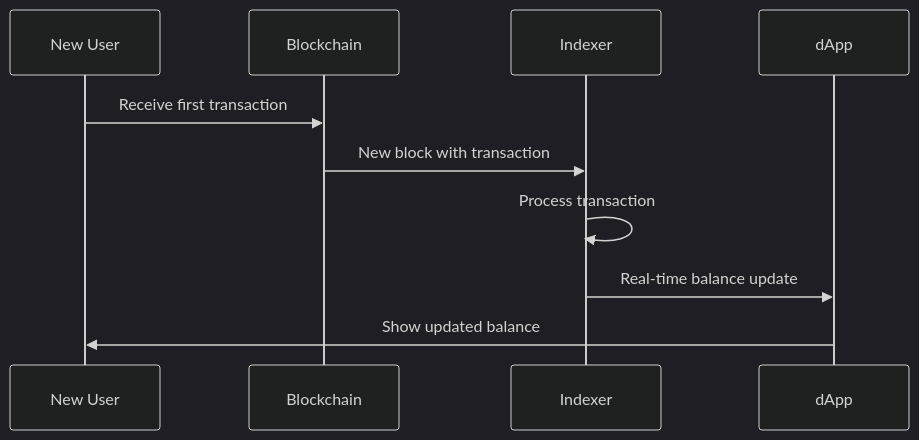
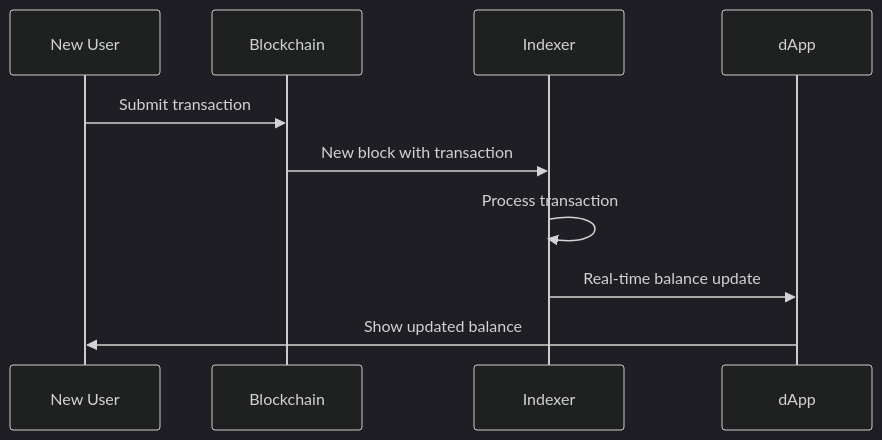
Before and after one commit to samouraiworld/peerdev: the first of 2 diagrams in gno-tutorials/short-tutorials/9-tx-indexer/slides.md, drawn with Mermaid (dark theme). The commit also changed other lines of this file and 1 other file, not shown here.

Commit message:
feat: add .gitignore for tx-indexer and update slides for transaction submission process

````diff
--- a/gno-tutorials/short-tutorials/9-tx-indexer/slides.md
+++ b/gno-tutorials/short-tutorials/9-tx-indexer/slides.md
@@ -62,13 +62,13 @@
 ```mermaid
 sequenceDiagram
     participant U as New User
     participant B as Blockchain
     participant I as Indexer
     participant D as dApp
     
-    U->>B: Receive first transaction
+    U->>B: Submit transaction
     B->>I: New block with transaction
     I->>I: Process transaction
     I->>D: Real-time balance update
     D->>U: Show updated balance
 ```
````
